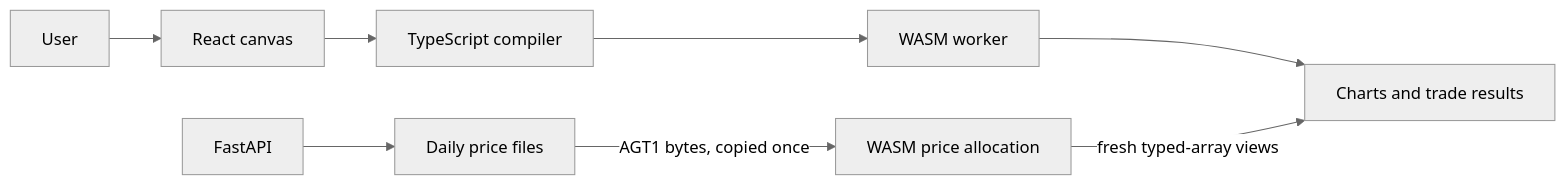
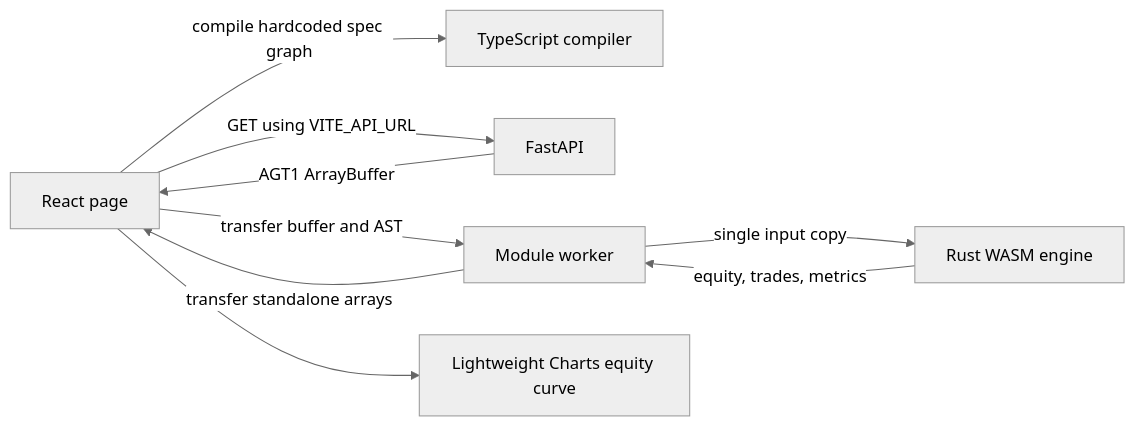
One commit to YashOnGit7/AlgoTrace changed the diagram in web/README.md. Above: the diagram before and after it, drawn with Mermaid (neutral theme). The commit also changed other lines of this file and 25 other files, not shown here.

````diff
--- a/web/README.md
+++ b/web/README.md
@@ -6,10 +6,11 @@
 ```mermaid
 flowchart LR
-  User[User] --> Canvas[React canvas]
-  Canvas --> Compiler[TypeScript compiler]
-  Compiler --> Worker[WASM worker]
-  Worker --> Results[Charts and trade results]
-  API[FastAPI] --> Data[Daily price files]
-  Data -->|AGT1 bytes, copied once| Wasm[WASM price allocation]
-  Wasm -->|fresh typed-array views| Results
+  React[React page] -->|compile hardcoded spec graph| Compiler[TypeScript compiler]
+  React -->|GET using VITE_API_URL| API[FastAPI]
+  API -->|AGT1 ArrayBuffer| React
+  React -->|transfer buffer and AST| Worker[Module worker]
+  Worker -->|single input copy| WASM[Rust WASM engine]
+  WASM -->|equity, trades, metrics| Worker
+  Worker -->|transfer standalone arrays| React
+  React --> Chart[Lightweight Charts equity curve]
 ```
````
